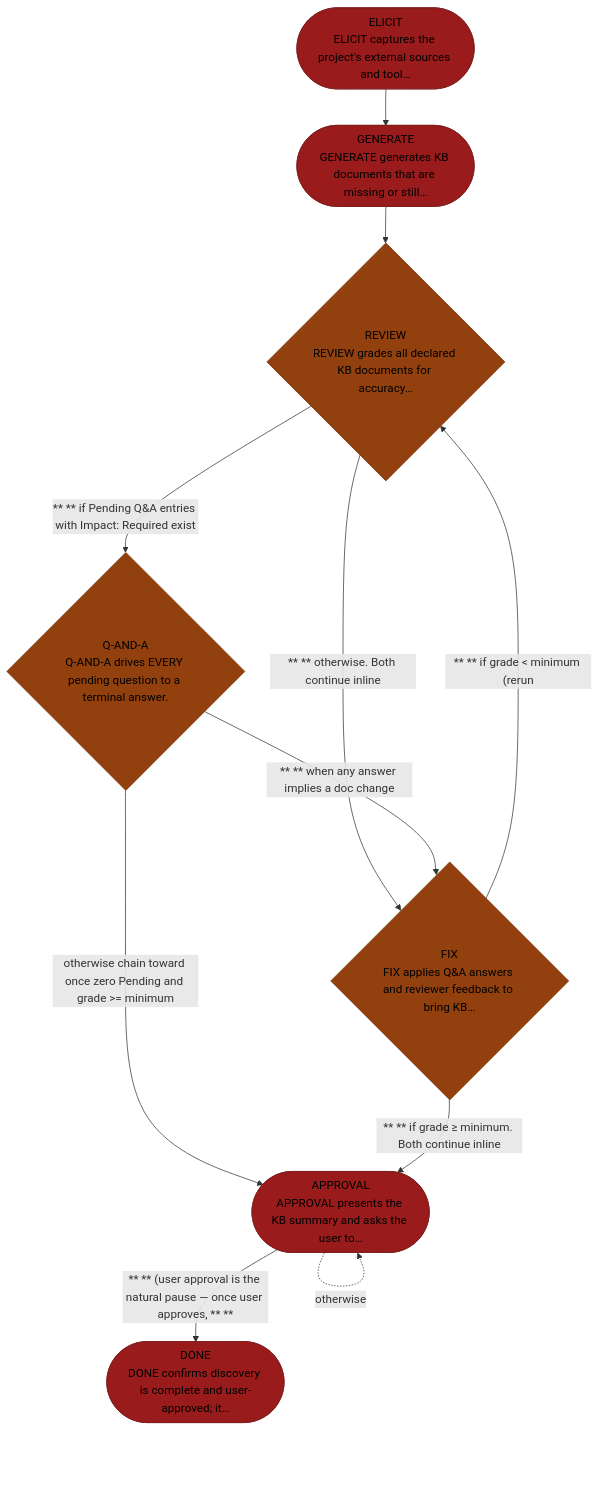
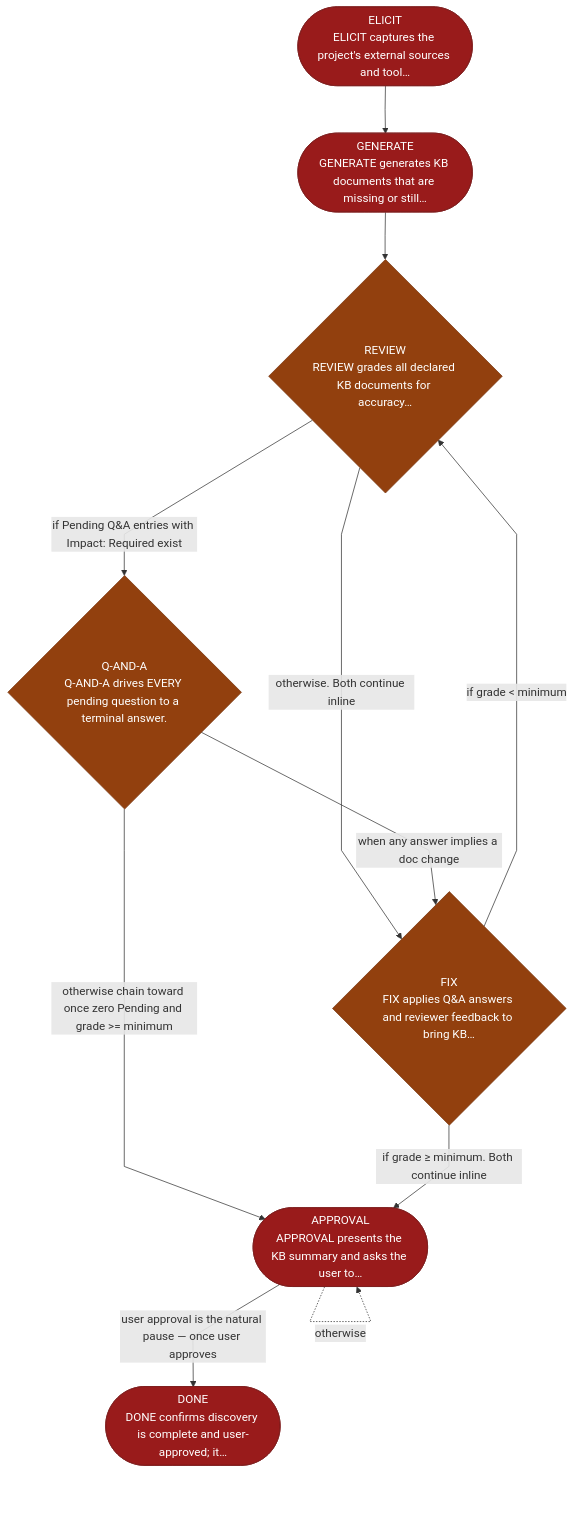
The diagram in site/src/content/docs/skills/aid-discover.md (AndreVianna/aid-methodology), drawn with Mermaid before and after one commit. The commit also changed 37 other files, not shown here.

````diff
--- a/site/src/content/docs/skills/aid-discover.md
+++ b/site/src/content/docs/skills/aid-discover.md
@@ -20,40 +20,41 @@
 ```mermaid
+%%{init: {'flowchart': {'nodeSpacing': 55, 'rankSpacing': 65, 'curve': 'linear', 'padding': 12, 'useMaxWidth': true}}}%%
 flowchart TB
-  classDef aidNode color:inherit
+  classDef aidNode color:#fff
   classDef aidEntry fill:#166534,stroke:#14532d,color:#fff
   classDef aidExit fill:#991b1b,stroke:#7f1d1d,color:#fff
   classDef aidDecision fill:#92400e,stroke:#78350f,color:#fff
   classDef aidLoopBack fill:#1e3a8a,stroke:#1e3a8a,color:#fff
   classDef aidStep fill:#1a2035,stroke:#d4a853,color:#f1f5f9
   n1(["ELICIT<br/>ELICIT captures the project's external sources and tool…"])
   n2(["GENERATE<br/>GENERATE generates KB documents that are missing or still…"])
   n3{"REVIEW<br/>REVIEW grades all declared KB documents for accuracy…"}
   n4{"Q-AND-A<br/>Q-AND-A drives EVERY pending question to a terminal answer."}
   n5{"FIX<br/>FIX applies Q&amp;A answers and reviewer feedback to bring KB…"}
   n6(["APPROVAL<br/>APPROVAL presents the KB summary and asks the user to…"])
   n7(["DONE<br/>DONE confirms discovery is complete and user-approved; it…"])
   n1 --> n2
   n2 --> n3
-  n3 -->|"** ** if Pending Q&amp;A entries with Impact: Required exist"| n4
-  n3 -->|"** ** otherwise. Both continue inline"| n5
-  n4 -->|"** ** when any answer implies a doc change"| n5
+  n3 -->|"if Pending Q&amp;A entries with Impact: Required exist"| n4
+  n3 -->|"otherwise. Both continue inline"| n5
+  n4 -->|"when any answer implies a doc change"| n5
   n4 -->|"otherwise chain toward once zero Pending and grade &gt;= minimum"| n6
-  n5 -->|"** ** if grade &lt; minimum (rerun"| n3
-  n5 -->|"** ** if grade ≥ minimum. Both continue inline"| n6
+  n5 -->|"if grade &lt; minimum"| n3
+  n5 -->|"if grade ≥ minimum. Both continue inline"| n6
   n6 -. "otherwise" .-> n6
-  n6 -->|"** ** (user approval is the natural pause — once user approves, ** **"| n7
+  n6 -->|"user approval is the natural pause — once user approves"| n7
   class n1 aidExit
   class n2 aidExit
   class n3 aidDecision
   class n4 aidDecision
   class n5 aidDecision
   class n6 aidExit
   class n7 aidExit
   class n1 aidNode
   class n2 aidNode
   class n3 aidNode
   class n4 aidNode
   class n5 aidNode
   class n6 aidNode
   class n7 aidNode
 ```
````
